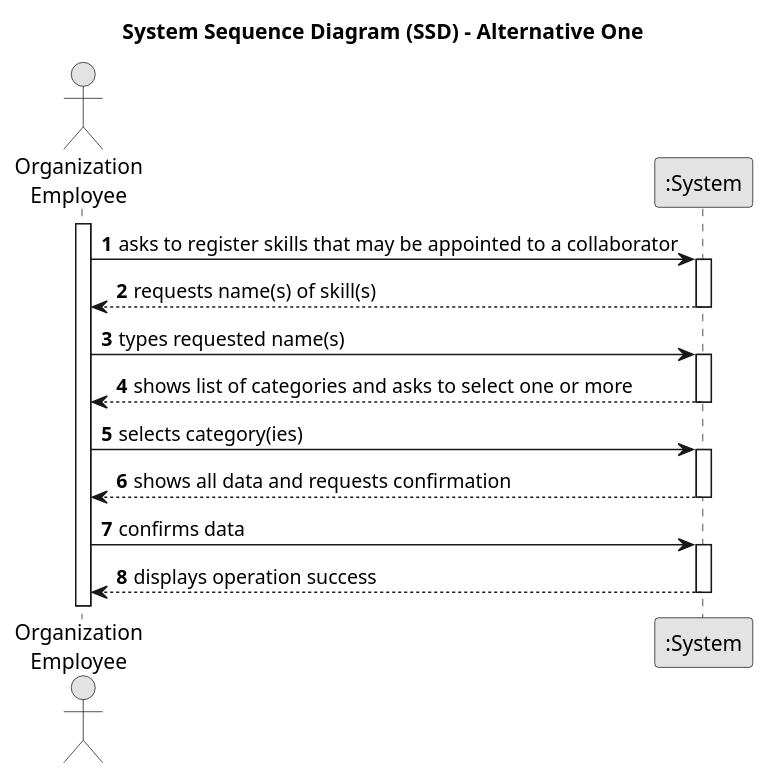
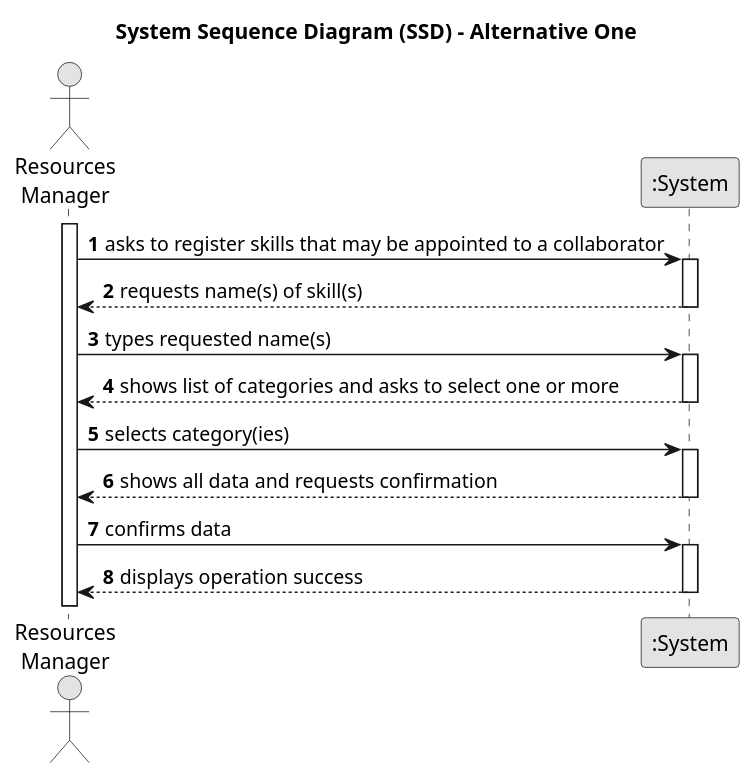
The diagram in docs/sprintA/us001/01.requirements-engineering/puml/us001-system-sequence-diagram-alternative-one.puml (tiagosoa/lei-24-s2-1dgh-g073), drawn with PlantUML before and after one commit.

```diff
--- a/docs/sprintA/us001/01.requirements-engineering/puml/us001-system-sequence-diagram-alternative-one.puml
+++ b/docs/sprintA/us001/01.requirements-engineering/puml/us001-system-sequence-diagram-alternative-one.puml
@@ -1,39 +1,39 @@
 @startuml
 skinparam monochrome true
 skinparam packageStyle rectangle
 skinparam shadowing false
 
 title System Sequence Diagram (SSD) - Alternative One
 
 autonumber
 
-actor "Organization\nEmployee" as Employee
+actor "Resources\nManager" as Employee
 participant ":System" as System
 
 activate Employee
 
     Employee -> System : asks to register skills that may be appointed to a collaborator
     activate System
 
         System --> Employee : requests name(s) of skill(s)
     deactivate System
 
     Employee -> System : types requested name(s)
     activate System
 
         System --> Employee : shows list of categories and asks to select one or more
     deactivate System
 
     Employee -> System : selects category(ies)
     activate System
 
         System --> Employee : shows all data and requests confirmation
     deactivate System
 
     Employee -> System : confirms data
     activate System
 
         System --> Employee : displays operation success
     deactivate System
 
 @enduml
```
